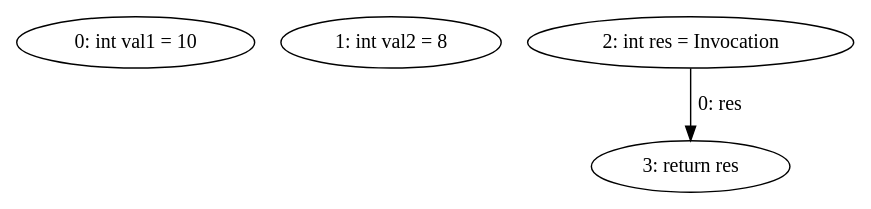
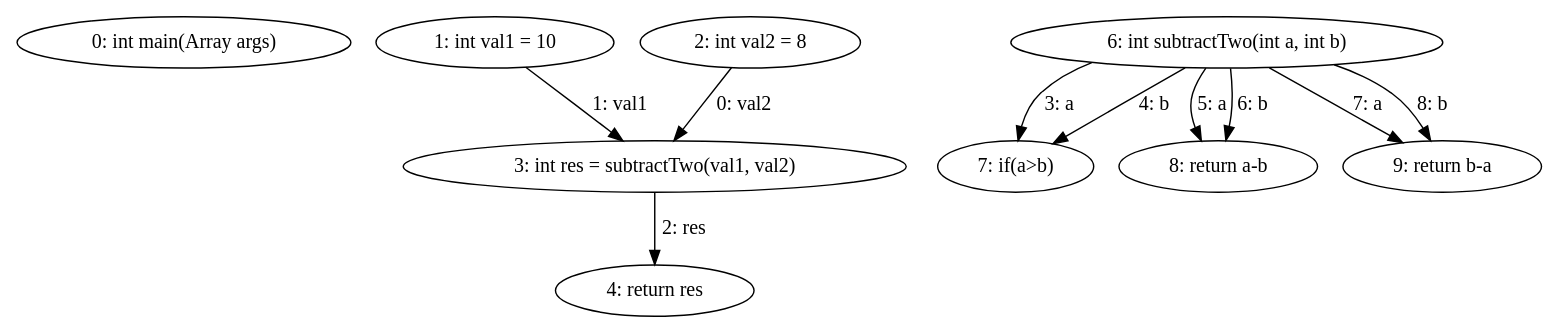
Before and after one commit to DominguesGM/comp_astanalyze: the diagram in export/function_example_dfg.dot, drawn with Graphviz. The commit also changed 25 other files, not shown here.

```diff
--- a/export/function_example_dfg.dot
+++ b/export/function_example_dfg.dot
@@ -1,7 +1,20 @@
 digraph G {
-  1 [ label="0: int val1 = 10" ];
-  2 [ label="1: int val2 = 8" ];
-  3 [ label="2: int res = Invocation" ];
-  4 [ label="3: return res" ];
-  3 -> 4 [ label="0: res" ];
+  1 [ label="0: int main(Array args)" ];
+  2 [ label="1: int val1 = 10" ];
+  3 [ label="2: int val2 = 8" ];
+  4 [ label="3: int res = subtractTwo(val1, val2)" ];
+  5 [ label="4: return res" ];
+  6 [ label="6: int subtractTwo(int a, int b)" ];
+  7 [ label="7: if(a>b)" ];
+  8 [ label="8: return a-b" ];
+  9 [ label="9: return b-a" ];
+  3 -> 4 [ label="0: val2" ];
+  2 -> 4 [ label="1: val1" ];
+  4 -> 5 [ label="2: res" ];
+  6 -> 7 [ label="3: a" ];
+  6 -> 7 [ label="4: b" ];
+  6 -> 8 [ label="5: a" ];
+  6 -> 8 [ label="6: b" ];
+  6 -> 9 [ label="7: a" ];
+  6 -> 9 [ label="8: b" ];
 }
```
